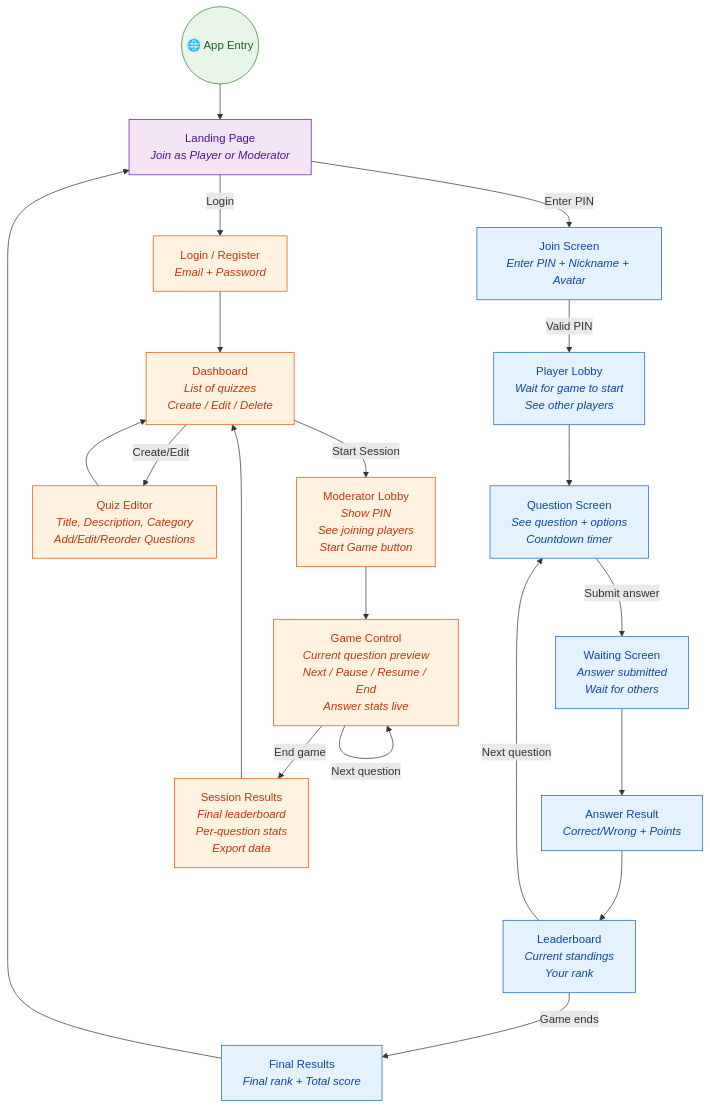
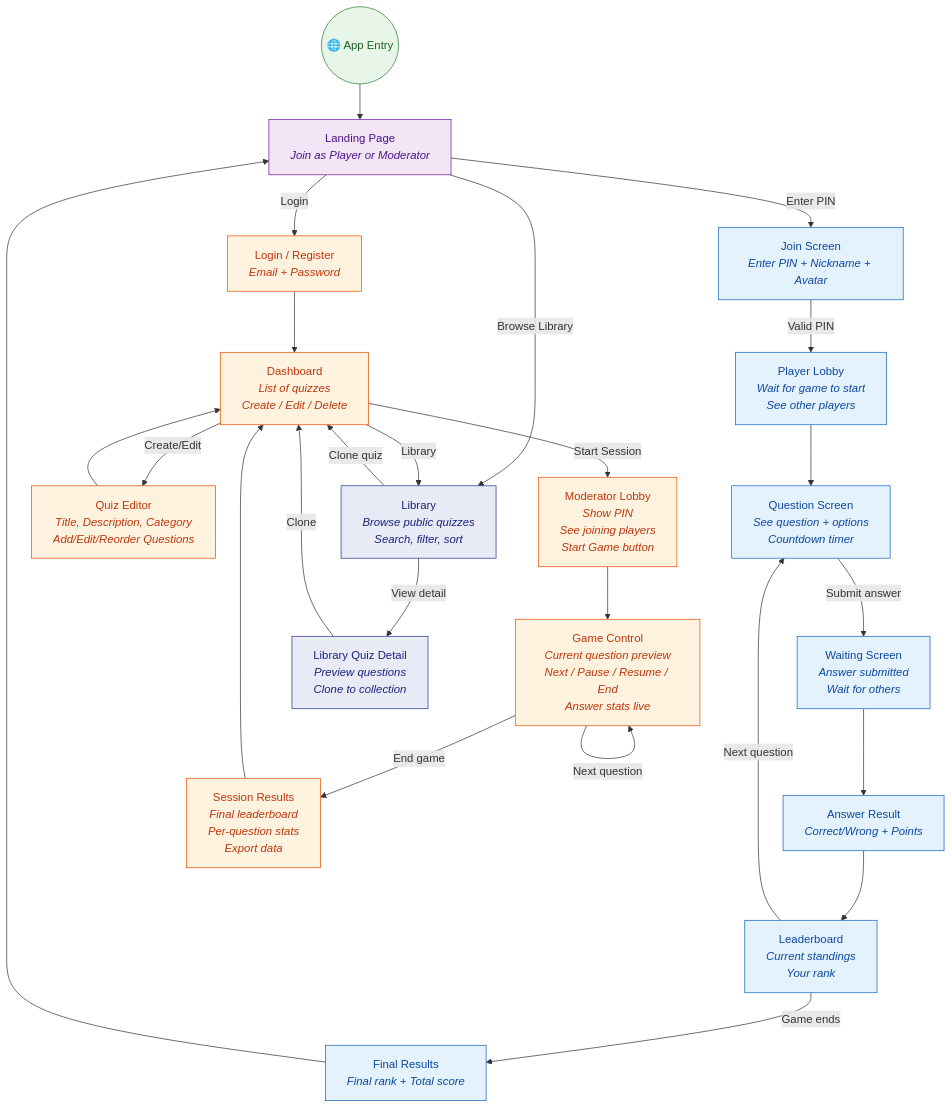
One commit to anshamray/Answr changed the fourth of 5 diagrams in docs/Architektur.md. Above: the diagram before and after it, drawn with Mermaid. The commit also changed other lines of this file and 33 other files, not shown here.

````diff
--- a/docs/Architektur.md
+++ b/docs/Architektur.md
@@ -227,39 +256,48 @@
 ```mermaid
 flowchart TD
   START((🌐 App Entry))
 
   START --> LANDING["Landing Page<br/><i>Join as Player or Moderator</i>"]
 
   %% Player flow
   LANDING -- "Enter PIN" --> JOIN["Join Screen<br/><i>Enter PIN + Nickname + Avatar</i>"]
   JOIN -- "Valid PIN" --> LOBBY_P["Player Lobby<br/><i>Wait for game to start<br/>See other players</i>"]
   LOBBY_P --> QUESTION["Question Screen<br/><i>See question + options<br/>Countdown timer</i>"]
   QUESTION -- "Submit answer" --> WAITING["Waiting Screen<br/><i>Answer submitted<br/>Wait for others</i>"]
   WAITING --> RESULT["Answer Result<br/><i>Correct/Wrong + Points</i>"]
   RESULT --> LEADERBOARD_P["Leaderboard<br/><i>Current standings<br/>Your rank</i>"]
   LEADERBOARD_P -- "Next question" --> QUESTION
   LEADERBOARD_P -- "Game ends" --> FINAL_P["Final Results<br/><i>Final rank + Total score</i>"]
   FINAL_P --> LANDING
 
   %% Moderator flow
   LANDING -- "Login" --> LOGIN["Login / Register<br/><i>Email + Password</i>"]
   LOGIN --> DASHBOARD["Dashboard<br/><i>List of quizzes<br/>Create / Edit / Delete</i>"]
   DASHBOARD -- "Create/Edit" --> QUIZ_EDIT["Quiz Editor<br/><i>Title, Description, Category<br/>Add/Edit/Reorder Questions</i>"]
   QUIZ_EDIT --> DASHBOARD
   DASHBOARD -- "Start Session" --> LOBBY_M["Moderator Lobby<br/><i>Show PIN<br/>See joining players<br/>Start Game button</i>"]
   LOBBY_M --> GAME_CTRL["Game Control<br/><i>Current question preview<br/>Next / Pause / Resume / End<br/>Answer stats live</i>"]
   GAME_CTRL -- "Next question" --> GAME_CTRL
   GAME_CTRL -- "End game" --> RESULTS_M["Session Results<br/><i>Final leaderboard<br/>Per-question stats<br/>Export data</i>"]
   RESULTS_M --> DASHBOARD
 
+  %% Library flow (accessible from Landing or Dashboard)
+  LANDING -- "Browse Library" --> LIBRARY["Library<br/><i>Browse public quizzes<br/>Search, filter, sort</i>"]
+  DASHBOARD -- "Library" --> LIBRARY
+  LIBRARY -- "Clone quiz" --> DASHBOARD
+  LIBRARY -- "View detail" --> LIBRARY_DETAIL["Library Quiz Detail<br/><i>Preview questions<br/>Clone to collection</i>"]
+  LIBRARY_DETAIL -- "Clone" --> DASHBOARD
+
   %% Styling
   classDef playerScreen fill:#e3f2fd,stroke:#1565c0,color:#0d47a1
   classDef modScreen fill:#fff3e0,stroke:#e65100,color:#bf360c
   classDef sharedScreen fill:#f3e5f5,stroke:#6a1b9a,color:#4a148c
   classDef entryPoint fill:#e8f5e9,stroke:#2e7d32,color:#1b5e20
+  classDef libraryScreen fill:#e8eaf6,stroke:#283593,color:#1a237e
 
   class JOIN,LOBBY_P,QUESTION,WAITING,RESULT,LEADERBOARD_P,FINAL_P playerScreen
   class LOGIN,DASHBOARD,QUIZ_EDIT,LOBBY_M,GAME_CTRL,RESULTS_M modScreen
   class LANDING sharedScreen
   class START entryPoint
+  class LIBRARY,LIBRARY_DETAIL libraryScreen
 ```
````
